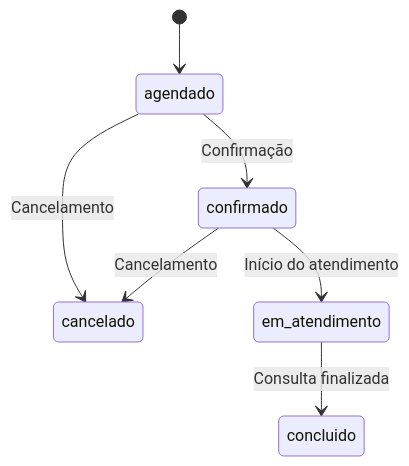
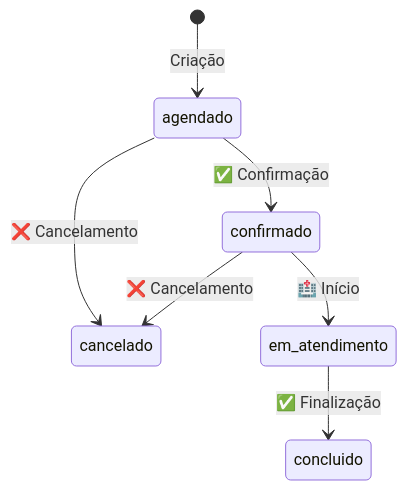
One commit to Adriano1976/prontuario-facil changed the fourth of 4 diagrams in README.md. Above: the diagram before and after it, drawn with Mermaid. The commit also changed other lines of this file, not shown here.

````diff
--- a/README.md
+++ b/README.md
@@ -278,9 +286,9 @@
 ```mermaid
 stateDiagram-v2
-    [*] --> agendado
-    agendado --> confirmado : Confirmação
-    agendado --> cancelado : Cancelamento
-    confirmado --> em_atendimento : Início do atendimento
-    confirmado --> cancelado : Cancelamento
-    em_atendimento --> concluido : Consulta finalizada
+    [*] --> agendado : Criação
+    agendado --> confirmado : ✅ Confirmação
+    agendado --> cancelado : ❌ Cancelamento
+    confirmado --> em_atendimento : 🏥 Início
+    confirmado --> cancelado : ❌ Cancelamento
+    em_atendimento --> concluido : ✅ Finalização
 ```
````
